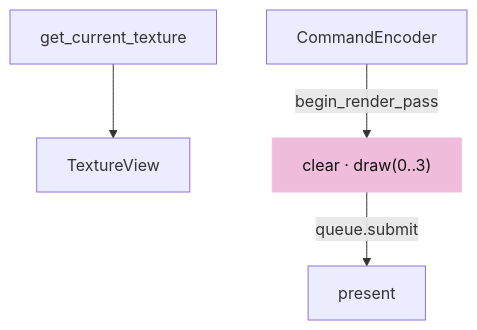
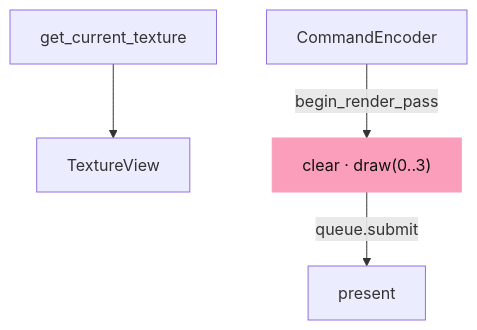
One commit to petrasvestartas/session changed the fifth of 7 diagrams in session_viewer/docs/01-first-frame.md. Above: the diagram before and after it, drawn with Mermaid. The commit also changed other lines of this file and 328 other files, not shown here.

First line of the commit message:
Course: the palette you sent, and mermaid drawn like the drawings

````diff
--- a/session_viewer/docs/01-first-frame.md
+++ b/session_viewer/docs/01-first-frame.md
@@ -118,7 +118,7 @@
 ```mermaid
 flowchart TB
     S["get_current_texture"] --> V["TextureView"]
     E["CommandEncoder"] -- "begin_render_pass" --> P["clear · draw(0..3)"]
     P -- "queue.submit" --> Q["present"]
-    style P fill:#f0bcdb,stroke:#f0bcdb,color:#111
+    style P fill:#fa9ebc,stroke:#fa9ebc,color:#111
 ```
````
